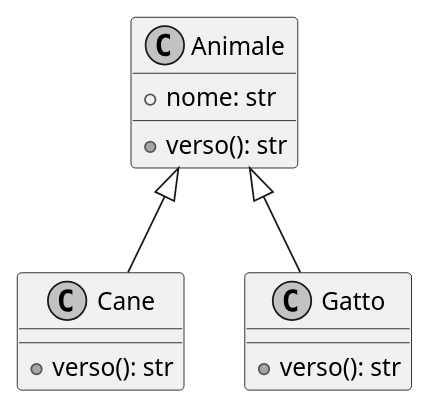
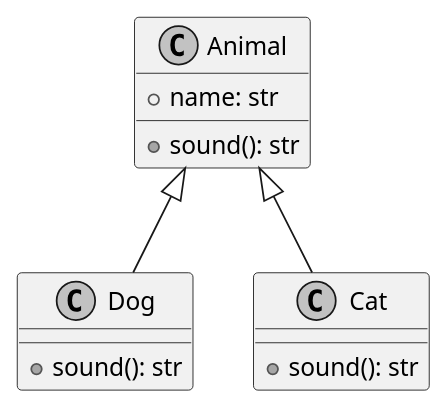
The second of 3 diagrams in example.md (marcofarina/slidev-theme-cyberpunk-ide), drawn with PlantUML before and after one commit. The commit also changed other lines of this file and 3 other files, not shown here.

````diff
--- a/example.md
+++ b/example.md
@@ -336,21 +244,21 @@
 ```plantuml
 @startuml
 skinparam monochrome true
 
-class Animale {
-  +nome: str
-  +verso(): str
+class Animal {
+  +name: str
+  +sound(): str
 }
 
-class Cane {
-  +verso(): str
+class Dog {
+  +sound(): str
 }
 
-class Gatto {
-  +verso(): str
+class Cat {
+  +sound(): str
 }
 
-Animale <|-- Cane
-Animale <|-- Gatto
+Animal <|-- Dog
+Animal <|-- Cat
 @enduml
 ```
````
